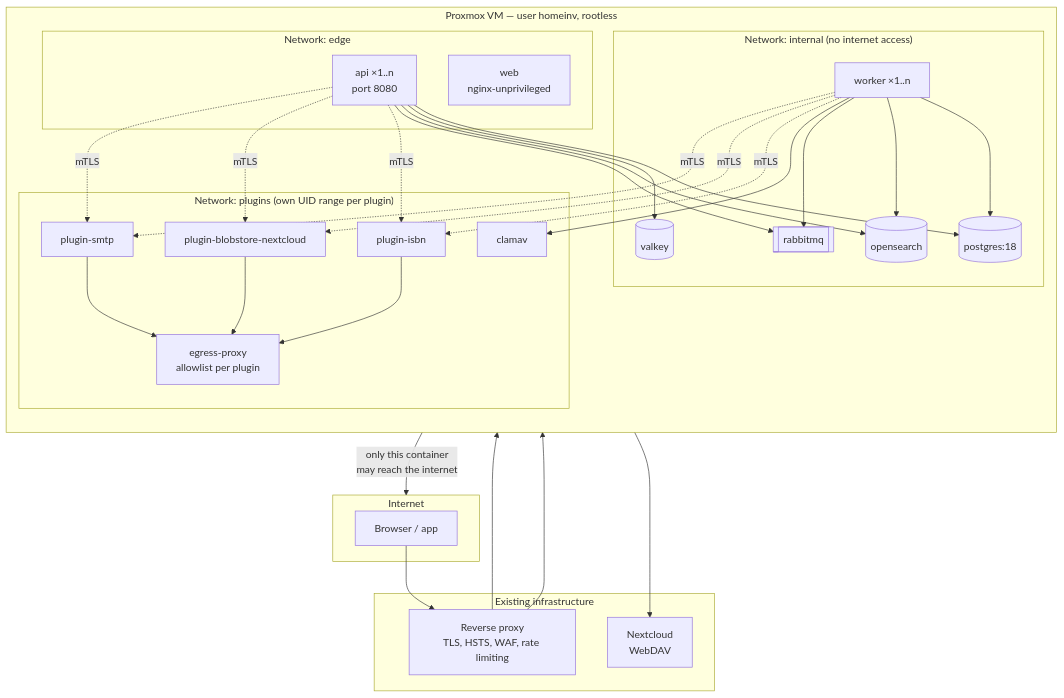
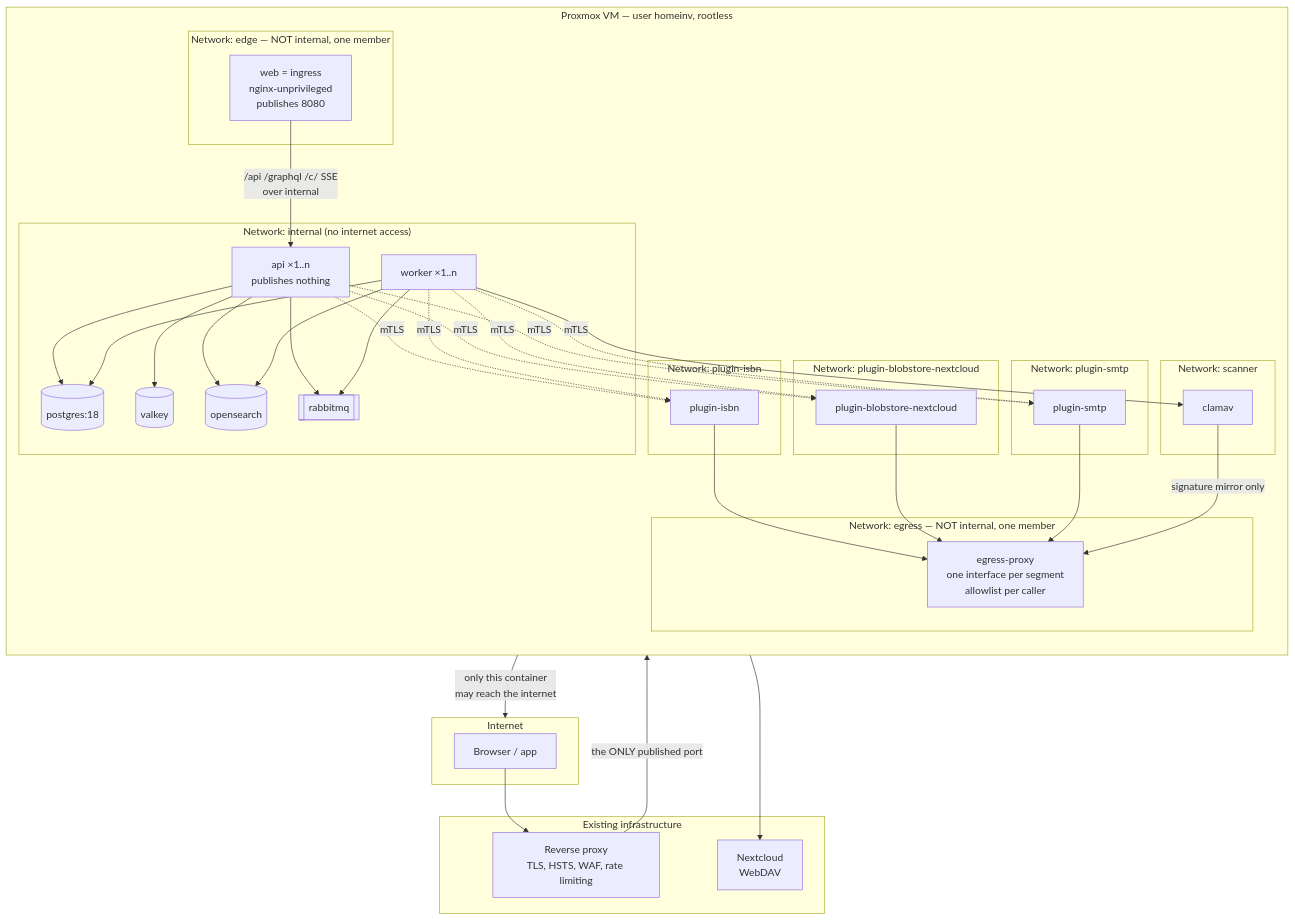
Before and after one commit to greluc/Home-Inventory: the second of 2 diagrams in docs/architecture/06-deployment-view.md, drawn with Mermaid. The commit also changed other lines of this file and 45 other files, not shown here.

First line of the commit message:
docs: close six defects found by testing the architecture's own claims

````diff
--- a/docs/architecture/06-deployment-view.md
+++ b/docs/architecture/06-deployment-view.md
@@ -407,41 +515,50 @@
 ```mermaid
 graph TB
     subgraph Internet
         BR["Browser / app"]
     end
     subgraph "Existing infrastructure"
         RP["Reverse proxy<br/>TLS, HSTS, WAF, rate limiting"]
         NC["Nextcloud<br/>WebDAV"]
     end
     subgraph VM["Proxmox VM — user homeinv, rootless"]
         direction TB
-        subgraph netEdge["Network: edge"]
-            WEB["web<br/>nginx-unprivileged"]
-            APP["api ×1..n<br/>port 8080"]
+        subgraph netEdge["Network: edge — NOT internal, one member"]
+            WEB["web = ingress<br/>nginx-unprivileged<br/>publishes 8080"]
         end
         subgraph netInt["Network: internal (no internet access)"]
+            APP["api ×1..n<br/>publishes nothing"]
             WRK["worker ×1..n"]
             PG[("postgres:18")]
             OS[("opensearch")]
             MQ[["rabbitmq"]]
             KV[("valkey")]
         end
-        subgraph netPlug["Network: plugins (own UID range per plugin)"]
+        subgraph netScan["Network: scanner"]
             CAV["clamav"]
-            EGP["egress-proxy<br/>allowlist per plugin"]
+        end
+        subgraph netP1["Network: plugin-isbn"]
             PH1["plugin-isbn"]
+        end
+        subgraph netP2["Network: plugin-blobstore-nextcloud"]
             PH2["plugin-blobstore-nextcloud"]
+        end
+        subgraph netP3["Network: plugin-smtp"]
             PH3["plugin-smtp"]
+        end
+        subgraph netEgr["Network: egress — NOT internal, one member"]
+            EGP["egress-proxy<br/>one interface per segment<br/>allowlist per caller"]
         end
     end
     BR --> RP
-    RP --> WEB
-    RP --> APP
+    RP -->|"the ONLY published port"| WEB
+    WEB -->|"/api /graphql /c/ SSE<br/>over internal"| APP
     APP --> PG & KV & OS & MQ
     WRK --> PG & OS & MQ & CAV
     APP -.->|mTLS| PH1 & PH2 & PH3
     WRK -.->|mTLS| PH1 & PH2 & PH3
     PH1 & PH2 & PH3 --> EGP
+    CAV -->|signature mirror only| EGP
     EGP -->|only this container<br/>may reach the internet| Internet
     EGP --> NC
 ```
````
